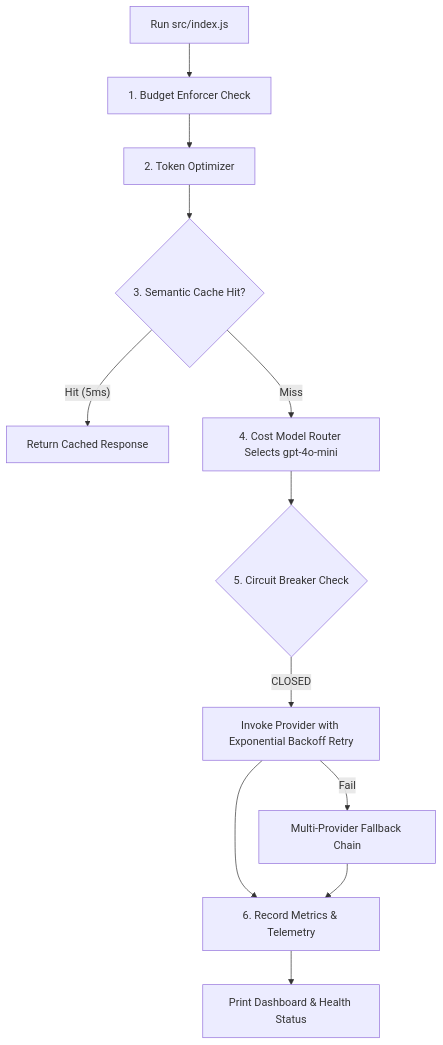
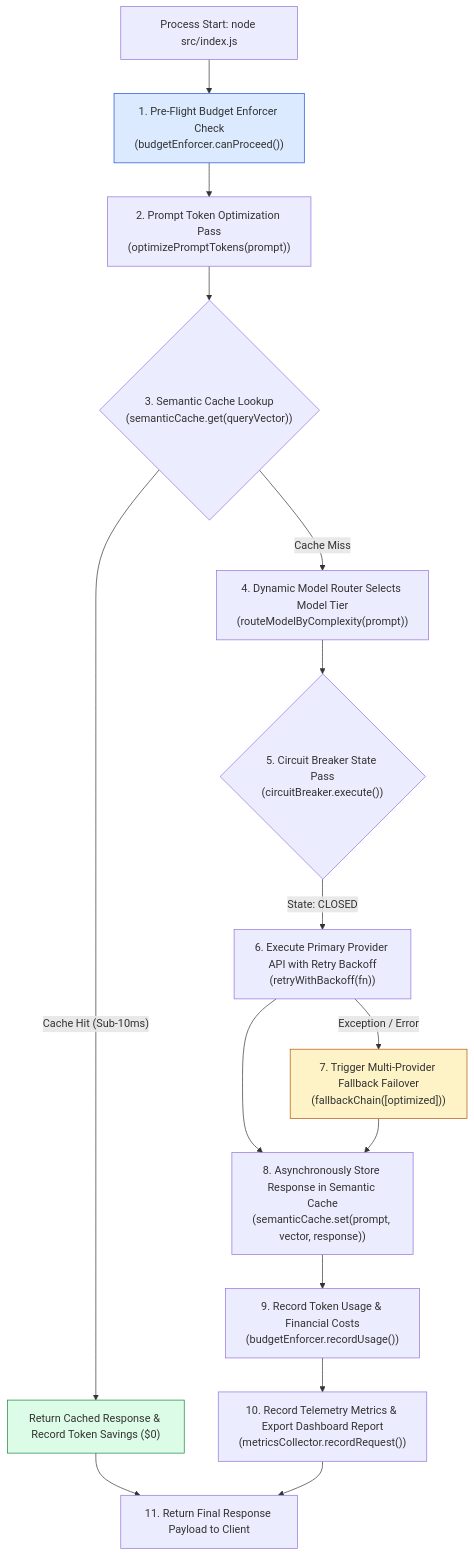
Before and after one commit to Amie-dev/engineering-playbook: the first of 2 diagrams in agentic-ai-notes/09-production-patterns/12-production-gateway-runner.md, drawn with Mermaid. The commit also changed other lines of this file and 12 other files, not shown here.

Commit message:
Refactor observability modules: Enhance Distributed Request Tracing Middleware, Prometheus Metrics Collector, and Dashboard Data Aggregator for improved telemetry and performance. Update Production AI Gateway Runner to streamline request handling and integrate comprehensive observability features.

````diff
--- a/agentic-ai-notes/09-production-patterns/12-production-gateway-runner.md
+++ b/agentic-ai-notes/09-production-patterns/12-production-gateway-runner.md
@@ -10,16 +13,30 @@
 ```mermaid
 flowchart TD
-    Start[Run src/index.js] --> CheckBudget[1. Budget Enforcer Check]
-    CheckBudget --> OptimizeTokens[2. Token Optimizer]
-    OptimizeTokens --> CheckCache{3. Semantic Cache Hit?}
-    
-    CheckCache -- "Hit (5ms)" --> ReturnCache[Return Cached Response]
-    CheckCache -- "Miss" --> RouteModel[4. Cost Model Router Selects gpt-4o-mini]
-    
-    RouteModel --> CircuitCheck{5. Circuit Breaker Check}
-    CircuitCheck -- "CLOSED" --> CallAPI[Invoke Provider with Exponential Backoff Retry]
-    CallAPI -- "Fail" --> Fallback[Multi-Provider Fallback Chain]
-    
-    CallAPI & Fallback --> RecordMetrics[6. Record Metrics & Telemetry]
-    RecordMetrics --> PrintReport[Print Dashboard & Health Status]
+    Launch[Process Start: node src/index.js] --> Step1["1. Pre-Flight Budget Enforcer Check<br/>(budgetEnforcer.canProceed())"]
+
+    Step1 --> Step2["2. Prompt Token Optimization Pass<br/>(optimizePromptTokens(prompt))"]
+
+    Step2 --> Step3{"3. Semantic Cache Lookup<br/>(semanticCache.get(queryVector))"}
+
+    Step3 -- "Cache Hit (Sub-10ms)" --> FastReturn["Return Cached Response & Record Token Savings ($0)"]
+
+    Step3 -- "Cache Miss" --> Step4["4. Dynamic Model Router Selects Model Tier<br/>(routeModelByComplexity(prompt))"]
+
+    Step4 --> Step5{"5. Circuit Breaker State Pass<br/>(circuitBreaker.execute())"}
+
+    Step5 -- "State: CLOSED" --> Step6["6. Execute Primary Provider API with Retry Backoff<br/>(retryWithBackoff(fn))"]
+
+    Step6 -- "Exception / Error" --> Step7["7. Trigger Multi-Provider Fallback Failover<br/>(fallbackChain([optimized]))"]
+
+    Step6 & Step7 --> Step8["8. Asynchronously Store Response in Semantic Cache<br/>(semanticCache.set(prompt, vector, response))"]
+
+    Step8 --> Step9["9. Record Token Usage & Financial Costs<br/>(budgetEnforcer.recordUsage())"]
+
+    Step9 --> Step10["10. Record Telemetry Metrics & Export Dashboard Report<br/>(metricsCollector.recordRequest())"]
+
+    FastReturn & Step10 --> FinalReturn[11. Return Final Response Payload to Client]
+
+    style Step1 fill:#dbeafe,stroke:#1d4ed8
+    style FastReturn fill:#dcfce7,stroke:#15803d
+    style Step7 fill:#fef3c7,stroke:#b45309
 ```
````
